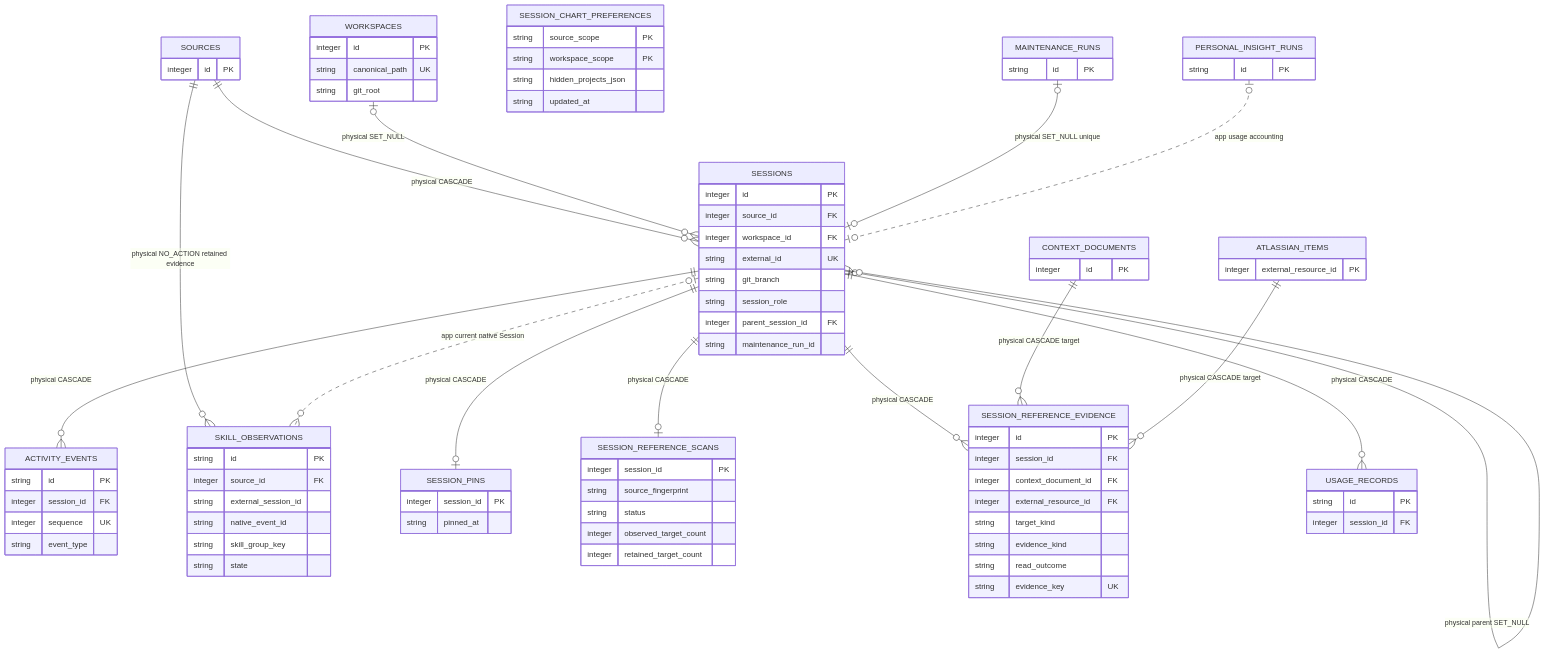
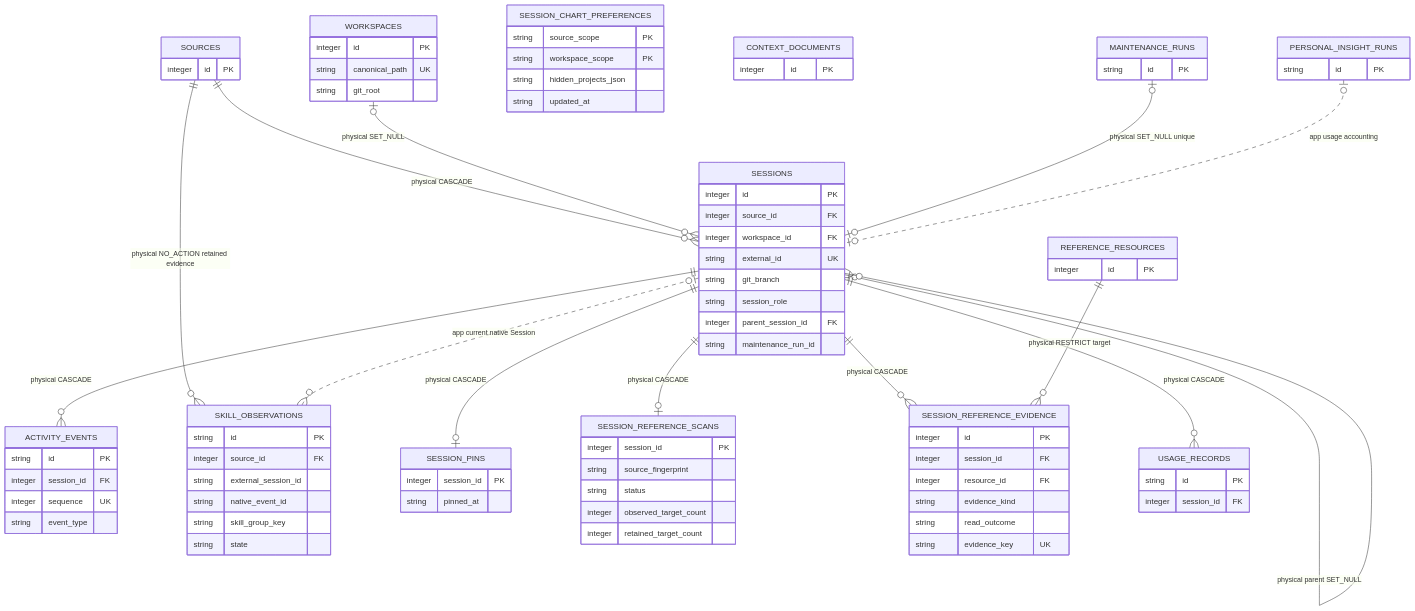
One commit to chochita0311/local-brain changed the diagram in docs/policies/project/data-model/workspace-and-session-activity.md. Above: the diagram before and after it, drawn with Mermaid. The commit also changed other lines of this file and 464 other files, not shown here.

First line of the commit message:
refactor: isolate session resources and optional feature packages

````diff
--- a/docs/policies/project/data-model/workspace-and-session-activity.md
+++ b/docs/policies/project/data-model/workspace-and-session-activity.md
@@ -11,80 +11,77 @@
 ```mermaid
 erDiagram
     SOURCES { integer id PK }
     WORKSPACES {
         integer id PK
         string canonical_path UK
         string git_root
     }
     SESSIONS {
         integer id PK
         integer source_id FK
         integer workspace_id FK
         string external_id UK
         string git_branch
         string session_role
         integer parent_session_id FK
         string maintenance_run_id
     }
     ACTIVITY_EVENTS {
         string id PK
         integer session_id FK
         integer sequence UK
         string event_type
     }
     SKILL_OBSERVATIONS {
         string id PK
         integer source_id FK
         string external_session_id
         string native_event_id
         string skill_group_key
         string state
     }
     SESSION_PINS {
         integer session_id PK
         string pinned_at
     }
     SESSION_CHART_PREFERENCES {
         string source_scope PK
         string workspace_scope PK
         string hidden_projects_json
         string updated_at
     }
     SESSION_REFERENCE_SCANS {
         integer session_id PK
         string source_fingerprint
         string status
         integer observed_target_count
         integer retained_target_count
     }
     SESSION_REFERENCE_EVIDENCE {
         integer id PK
         integer session_id FK
-        integer context_document_id FK
-        integer external_resource_id FK
-        string target_kind
+        integer resource_id FK
         string evidence_kind
         string read_outcome
         string evidence_key UK
     }
     CONTEXT_DOCUMENTS { integer id PK }
-    ATLASSIAN_ITEMS { integer external_resource_id PK }
+    REFERENCE_RESOURCES { integer id PK }
     MAINTENANCE_RUNS { string id PK }
     PERSONAL_INSIGHT_RUNS { string id PK }
     USAGE_RECORDS { string id PK integer session_id FK }
 
     SOURCES ||--o{ SESSIONS : "physical CASCADE"
     WORKSPACES o|--o{ SESSIONS : "physical SET_NULL"
     SESSIONS o|--o{ SESSIONS : "physical parent SET_NULL"
     SESSIONS ||--o{ ACTIVITY_EVENTS : "physical CASCADE"
     SOURCES ||--o{ SKILL_OBSERVATIONS : "physical NO_ACTION retained evidence"
     SESSIONS o|..o{ SKILL_OBSERVATIONS : "app current native Session"
     SESSIONS ||--o| SESSION_PINS : "physical CASCADE"
     SESSIONS ||--o| SESSION_REFERENCE_SCANS : "physical CASCADE"
     SESSIONS ||--o{ SESSION_REFERENCE_EVIDENCE : "physical CASCADE"
-    CONTEXT_DOCUMENTS ||--o{ SESSION_REFERENCE_EVIDENCE : "physical CASCADE target"
-    ATLASSIAN_ITEMS ||--o{ SESSION_REFERENCE_EVIDENCE : "physical CASCADE target"
+    REFERENCE_RESOURCES ||--o{ SESSION_REFERENCE_EVIDENCE : "physical RESTRICT target"
     SESSIONS ||--o{ USAGE_RECORDS : "physical CASCADE"
     MAINTENANCE_RUNS o|--o| SESSIONS : "physical SET_NULL unique"
     PERSONAL_INSIGHT_RUNS o|..o| SESSIONS : "app usage accounting"
 ```
````
